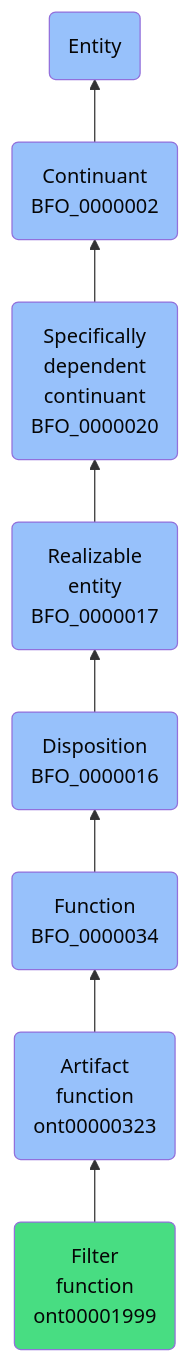
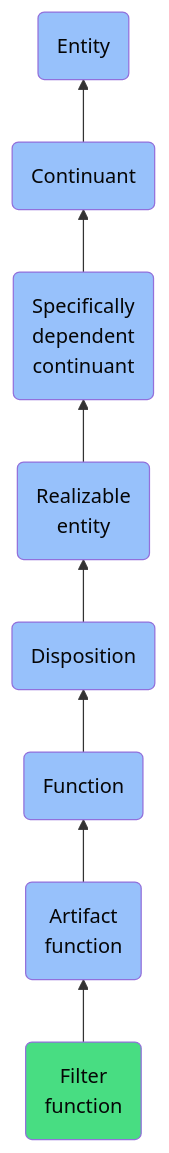
The diagram in docs/ontology/reference/model/Entity/Continuant/Specifically dependent continuant/Realizable entity/Disposition/Function/Artifact function/Filter function/Filter function.md (jupyter-naas/abi), drawn with Mermaid before and after one commit. The commit also changed other lines of this file and 1430 other files, not shown here.

````diff
--- a/docs/ontology/reference/model/Entity/Continuant/Specifically dependent continuant/Realizable entity/Disposition/Function/Artifact function/Filter function/Filter function.md
+++ b/docs/ontology/reference/model/Entity/Continuant/Specifically dependent continuant/Realizable entity/Disposition/Function/Artifact function/Filter function/Filter function.md
@@ -24,15 +24,15 @@
 ```mermaid
 graph BT
-    ont00001999(Filter<br>function<br>ont00001999):::ABI-->ont00000323
-    ont00000323(Artifact<br>function<br>ont00000323):::BFO-->BFO_0000034
-    BFO_0000034(Function<br>BFO_0000034):::BFO-->BFO_0000016
-    BFO_0000016(Disposition<br>BFO_0000016):::BFO-->BFO_0000017
-    BFO_0000017(Realizable<br>entity<br>BFO_0000017):::BFO-->BFO_0000020
-    BFO_0000020(Specifically<br>dependent<br>continuant<br>BFO_0000020):::BFO-->BFO_0000002
-    BFO_0000002(Continuant<br>BFO_0000002):::BFO-->BFO_0000001
+    ont00001999(Filter<br>function):::ABI-->ont00000323
+    ont00000323(Artifact<br>function):::BFO-->BFO_0000034
+    BFO_0000034(Function):::BFO-->BFO_0000016
+    BFO_0000016(Disposition):::BFO-->BFO_0000017
+    BFO_0000017(Realizable<br>entity):::BFO-->BFO_0000020
+    BFO_0000020(Specifically<br>dependent<br>continuant):::BFO-->BFO_0000002
+    BFO_0000002(Continuant):::BFO-->BFO_0000001
     BFO_0000001(Entity):::BFO
     
     classDef BFO fill:#97c1fb,color:#060606
     classDef CCO fill:#e4c51e,color:#060606
     classDef ABI fill:#48DD82,color:#060606
 ```
````
